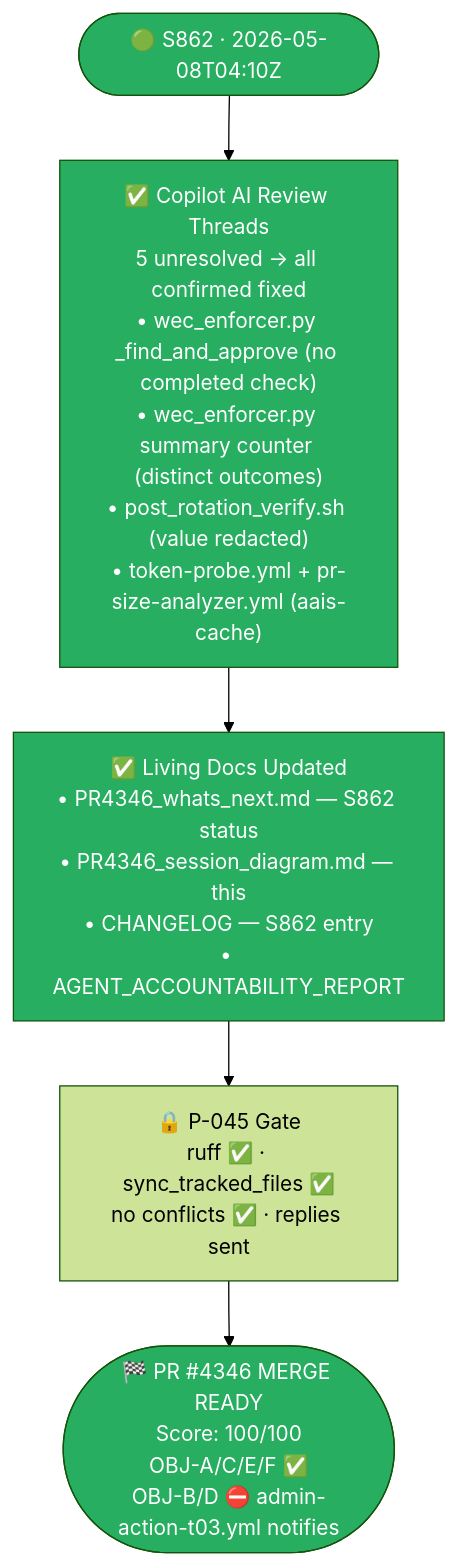
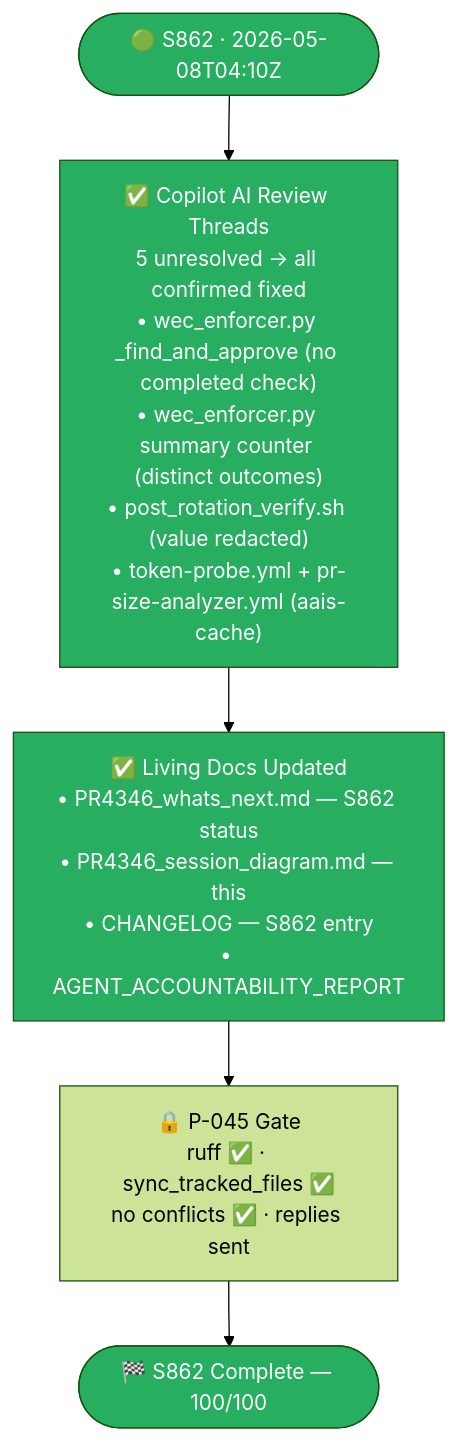
One commit to Aries-Serpent/_codex_ changed the second of 26 diagrams in docs/sessions/PR4346_session_diagram.md. Above: the diagram before and after it, drawn with Mermaid (forest theme). The commit also changed other lines of this file and 2 other files, not shown here.

````diff
--- a/docs/sessions/PR4346_session_diagram.md
+++ b/docs/sessions/PR4346_session_diagram.md
@@ -12,17 +37,17 @@
 ```mermaid
 flowchart TD
     START(["🟢 S862 · 2026-05-08T04:10Z"]) --> REVIEW
 
     REVIEW["✅ Copilot AI Review Threads\n5 unresolved → all confirmed fixed\n• wec_enforcer.py _find_and_approve (no completed check)\n• wec_enforcer.py summary counter (distinct outcomes)\n• post_rotation_verify.sh (value redacted)\n• token-probe.yml + pr-size-analyzer.yml (aais-cache)"] --> DOCS
 
     DOCS["✅ Living Docs Updated\n• PR4346_whats_next.md — S862 status\n• PR4346_session_diagram.md — this\n• CHANGELOG — S862 entry\n• AGENT_ACCOUNTABILITY_REPORT"] --> GATE
 
     GATE["🔒 P-045 Gate\nruff ✅ · sync_tracked_files ✅\nno conflicts ✅ · replies sent"] --> END
 
-    END(["🏁 PR #4346 MERGE READY\nScore: 100/100\nOBJ-A/C/E/F ✅\nOBJ-B/D ⛔ admin-action-t03.yml notifies"])
+    END(["🏁 S862 Complete — 100/100"])
 
     style START fill:#27ae60,color:#fff
     style END fill:#27ae60,color:#fff
     style REVIEW fill:#27ae60,color:#fff
     style DOCS fill:#27ae60,color:#fff
 ```
````
